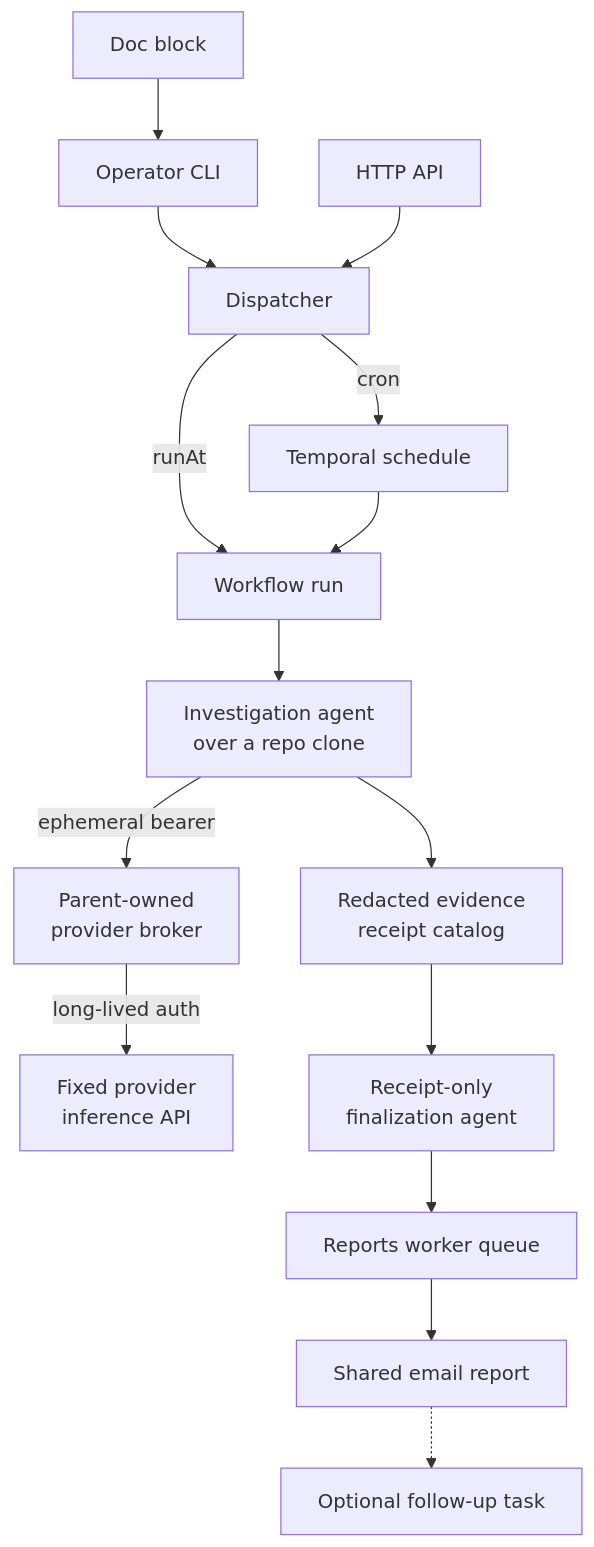
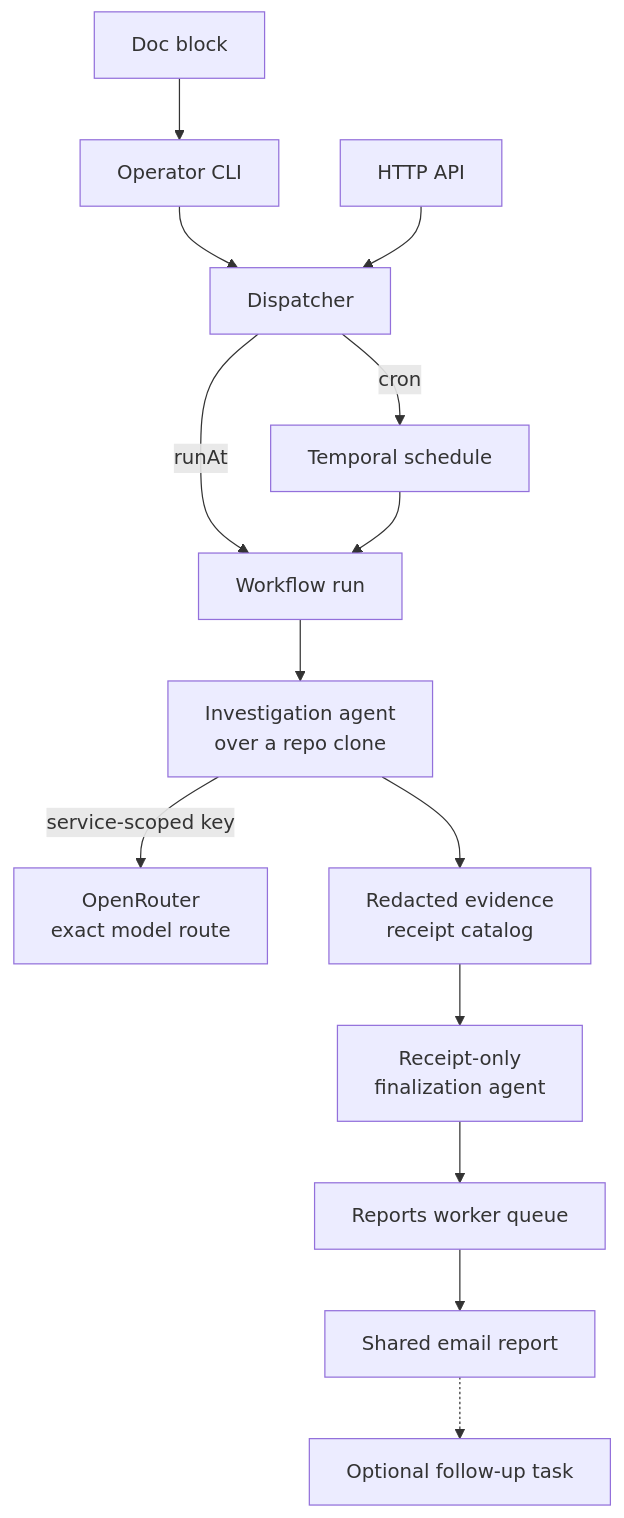
The diagram in packages/docs/wiki/src/content/docs/explanation/temporal/agent-task-boundary.md (shepherdjerred/monorepo), drawn with Mermaid before and after one commit. The commit also changed other lines of this file and 35 other files, not shown here.

````diff
--- a/packages/docs/wiki/src/content/docs/explanation/temporal/agent-task-boundary.md
+++ b/packages/docs/wiki/src/content/docs/explanation/temporal/agent-task-boundary.md
@@ -13,20 +13,19 @@
 ```mermaid
 flowchart TD
   accTitle: Agent task lifecycle
   accDescr: A doc block via the operator CLI, or the authenticated HTTP API, submits a task to one dispatcher, which either upserts a cron schedule or starts a one-off workflow. The workflow investigates over a repo clone, captures redacted evidence receipts, finalizes only from that catalog, sends a shared report, and may dispatch one follow-up.
 
   B[Doc block] --> CLI[Operator CLI]
   CLI --> DIS[Dispatcher]
   API[HTTP API] --> DIS
   DIS -->|cron| SCH[Temporal schedule]
   DIS -->|runAt| WF[Workflow run]
   SCH --> WF
   WF --> I[Investigation agent<br>over a repo clone]
-  I -->|ephemeral bearer| BKR[Parent-owned<br>provider broker]
-  BKR -->|long-lived auth| PAPI[Fixed provider<br>inference API]
+  I -->|service-scoped key| OR[OpenRouter<br>exact model route]
   I --> R[Redacted evidence<br>receipt catalog]
   R --> FNL[Receipt-only<br>finalization agent]
   FNL --> CQ[Reports worker queue]
   CQ --> E[Shared email report]
   E -.-> F[Optional follow-up task]
 ```
````
